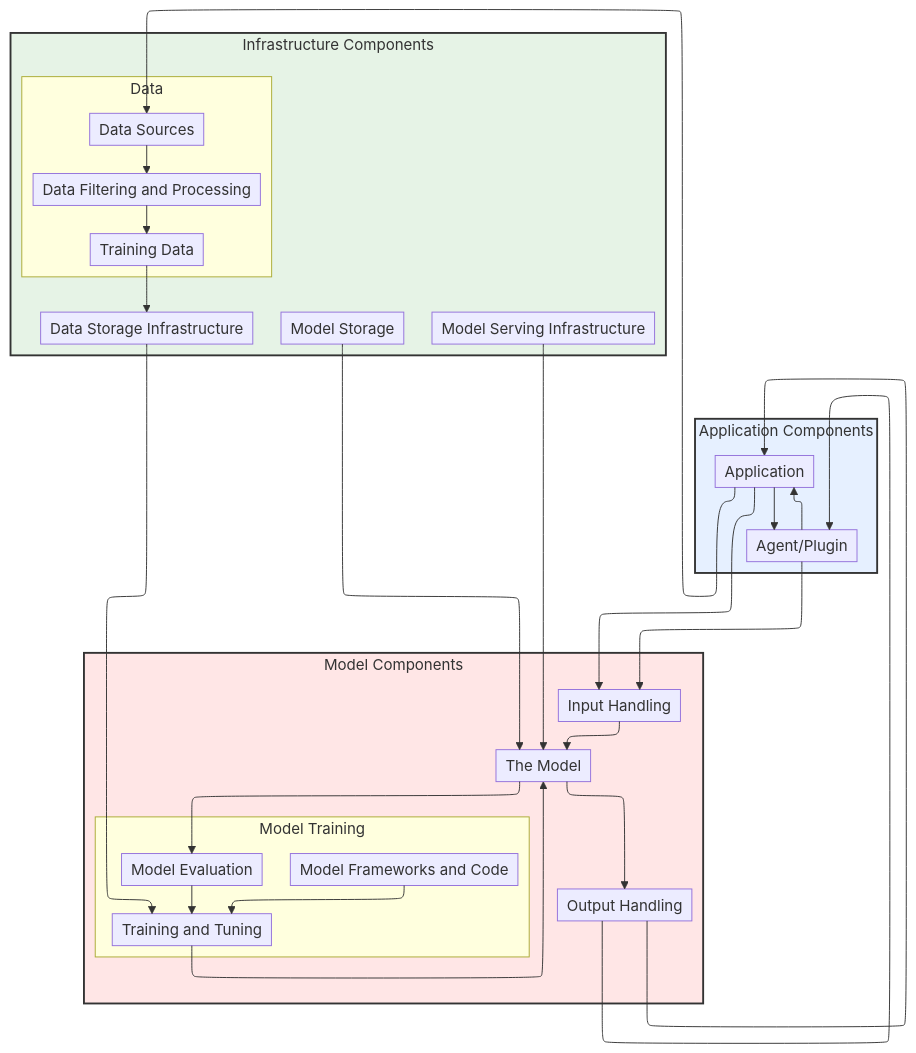
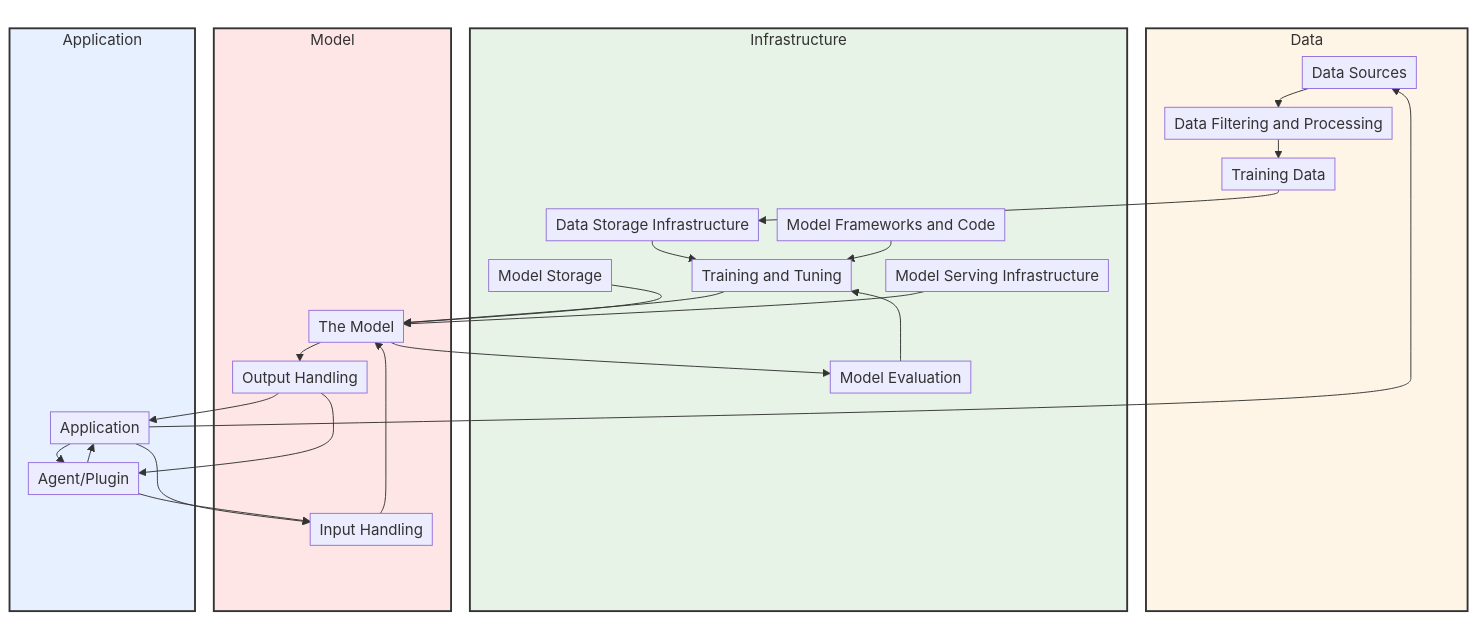
The diagram in risk-map/docs/risk-map-graph.md (davidlabianca/secure-ai-tooling), drawn with Mermaid before and after one commit. The commit also changed 42 other files, not shown here.

Commit message:
Revert "Feature/python refactor w risk graph"

````diff
--- a/risk-map/docs/risk-map-graph.md
+++ b/risk-map/docs/risk-map-graph.md
@@ -1,67 +1,69 @@
 ```mermaid
----
-config:
-  layout: elk
-  elk:
-    mergeEdges: False
-    nodePlacementStrategy: BRANDES_KOEPF
----
-
 graph TD
-   %%{init: {'flowchart': {'nodeSpacing': 25, 'rankSpacing': 30, 'padding': 5, 'wrappingWidth': 250}}}%%
+   %%{init: {'flowchart': {'nodeSpacing': 20, 'rankSpacing': 20, 'padding': 5, 'wrappingWidth': 250}}}%%
     classDef hidden display: none;
     classDef allControl stroke:#4285f4,stroke-width:2px,stroke-dasharray: 5 5
 
-    subgraph componentsInfrastructure ["Infrastructure Components"]
-        componentDataStorage[Data Storage Infrastructure]
-        componentModelServing[Model Serving Infrastructure]
-        componentModelStorage[Model Storage]
-        subgraph componentsData ["Data"]
-            componentDataFilteringAndProcessing[Data Filtering and Processing]
-            componentDataSources[Data Sources]
-            componentTrainingData[Training Data]
-        end
-    end
+    root:::hidden
+    
+subgraph Data
+    DataAnchor:::hidden ~~~ componentDataSources
+    componentDataSources[Data Sources]
+    componentDataFilteringAndProcessing[Data Filtering and Processing]
+    componentTrainingData[Training Data]
+    componentTrainingData ~~~~~~~~~~~~ DataEnd:::hidden
+end
+subgraph Infrastructure
+    InfrastructureAnchor:::hidden ~~~~~~ componentDataStorage
+    componentDataStorage[Data Storage Infrastructure]
+    componentModelFrameworksAndCode[Model Frameworks and Code]
+    componentModelEvaluation[Model Evaluation]
+    componentModelTrainingTuning[Training and Tuning]
+    componentModelStorage[Model Storage]
+    componentModelServing[Model Serving Infrastructure]
+    componentModelEvaluation ~~~~~~~~ InfrastructureEnd:::hidden
+end
+subgraph Model
+    ModelAnchor:::hidden ~~~~~~~~ componentTheModel
+    componentTheModel[The Model]
+    componentInputHandling[Input Handling]
+    componentOutputHandling[Output Handling]
+    componentInputHandling ~~~~~ ModelEnd:::hidden
+end
+subgraph Application
+    ApplicationAnchor:::hidden ~~~~~~~~~~ componentApplication
+    componentApplication[Application]
+    componentAgentPlugin[Agent/Plugin]
+    componentAgentPlugin ~~~~~~ ApplicationEnd:::hidden
+end
+    root ~~~ DataAnchor:::hidden
+    root ~~~ InfrastructureAnchor:::hidden
+    root ~~~ ModelAnchor:::hidden
+    root ~~~ ApplicationAnchor:::hidden
 
-    subgraph componentsModel ["Model Components"]
-        componentInputHandling[Input Handling]
-        componentOutputHandling[Output Handling]
-        componentTheModel[The Model]
-        subgraph componentsModelTraining ["Model Training"]
-            componentModelEvaluation[Model Evaluation]
-            componentModelFrameworksAndCode[Model Frameworks and Code]
-            componentModelTrainingTuning[Training and Tuning]
-        end
-    end
+    componentDataSources[Data Sources] --> componentDataFilteringAndProcessing[Data Filtering and Processing]
+    componentDataFilteringAndProcessing[Data Filtering and Processing] --> componentTrainingData[Training Data]
+    componentTrainingData[Training Data] --> componentDataStorage[Data Storage Infrastructure]
+    componentDataStorage[Data Storage Infrastructure] --> componentModelTrainingTuning[Training and Tuning]
+    componentModelFrameworksAndCode[Model Frameworks and Code] --> componentModelTrainingTuning[Training and Tuning]
+    componentModelEvaluation[Model Evaluation] --> componentModelTrainingTuning[Training and Tuning]
+    componentModelTrainingTuning[Training and Tuning] --> componentTheModel[The Model]
+    componentModelStorage[Model Storage] --> componentTheModel[The Model]
+    componentModelServing[Model Serving Infrastructure] --> componentTheModel[The Model]
+    componentTheModel[The Model] --> componentOutputHandling[Output Handling]
+    componentTheModel[The Model] --> componentModelEvaluation[Model Evaluation]
+    componentInputHandling[Input Handling] --> componentTheModel[The Model]
+    componentOutputHandling[Output Handling] --> componentApplication[Application]
+    componentOutputHandling[Output Handling] --> componentAgentPlugin[Agent/Plugin]
+    componentApplication[Application] --> componentInputHandling[Input Handling]
+    componentApplication[Application] --> componentAgentPlugin[Agent/Plugin]
+    componentApplication[Application] --> componentDataSources[Data Sources]
+    componentAgentPlugin[Agent/Plugin] --> componentInputHandling[Input Handling]
+    componentAgentPlugin[Agent/Plugin] --> componentApplication[Application]
 
-    subgraph componentsApplication ["Application Components"]
-        componentAgentPlugin[Agent/Plugin]
-        componentApplication[Application]
-    end
-
-
-    componentDataSources --> componentDataFilteringAndProcessing
-    componentDataFilteringAndProcessing --> componentTrainingData
-    componentTrainingData --> componentDataStorage
-    componentDataStorage --> componentModelTrainingTuning
-    componentModelFrameworksAndCode --> componentModelTrainingTuning
-    componentModelEvaluation --> componentModelTrainingTuning
-    componentModelTrainingTuning --> componentTheModel
-    componentModelStorage --> componentTheModel
-    componentModelServing --> componentTheModel
-    componentTheModel --> componentOutputHandling
-    componentTheModel --> componentModelEvaluation
-    componentInputHandling --> componentTheModel
-    componentOutputHandling --> componentApplication
-    componentOutputHandling --> componentAgentPlugin
-    componentApplication --> componentInputHandling
-    componentApplication --> componentAgentPlugin
-    componentApplication --> componentDataSources
-    componentAgentPlugin --> componentInputHandling
-    componentAgentPlugin --> componentApplication
-
-%% Node style definitions
-    style componentsInfrastructure fill:#e6f3e6,stroke:#333333,stroke-width:2px
-    style componentsApplication fill:#e6f0ff,stroke:#333333,stroke-width:2px
-    style componentsModel fill:#ffe6e6,stroke:#333333,stroke-width:2px
+%% Style definitions
+    style Infrastructure fill:#e6f3e6,stroke:#333333,stroke-width:2px
+    style Data fill:#fff5e6,stroke:#333333,stroke-width:2px
+    style Application fill:#e6f0ff,stroke:#333333,stroke-width:2px
+    style Model fill:#ffe6e6,stroke:#333333,stroke-width:2px
 ```
````
